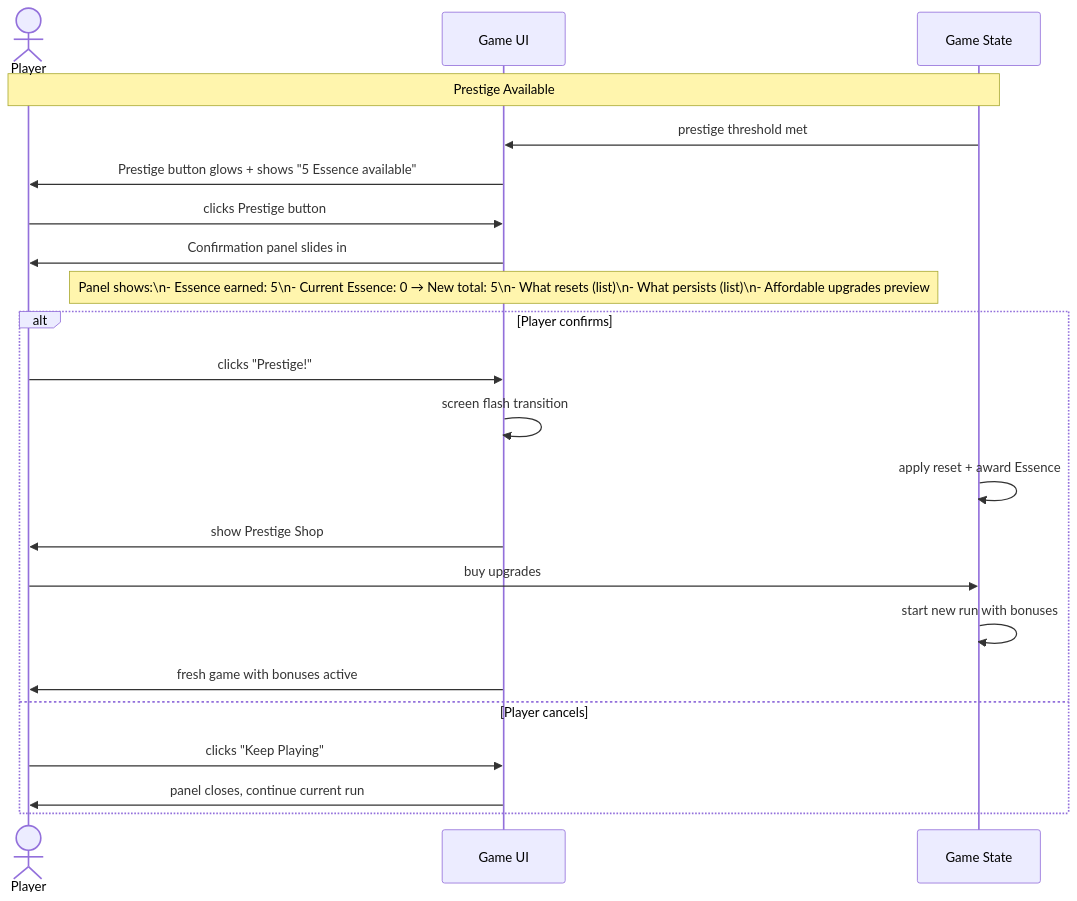
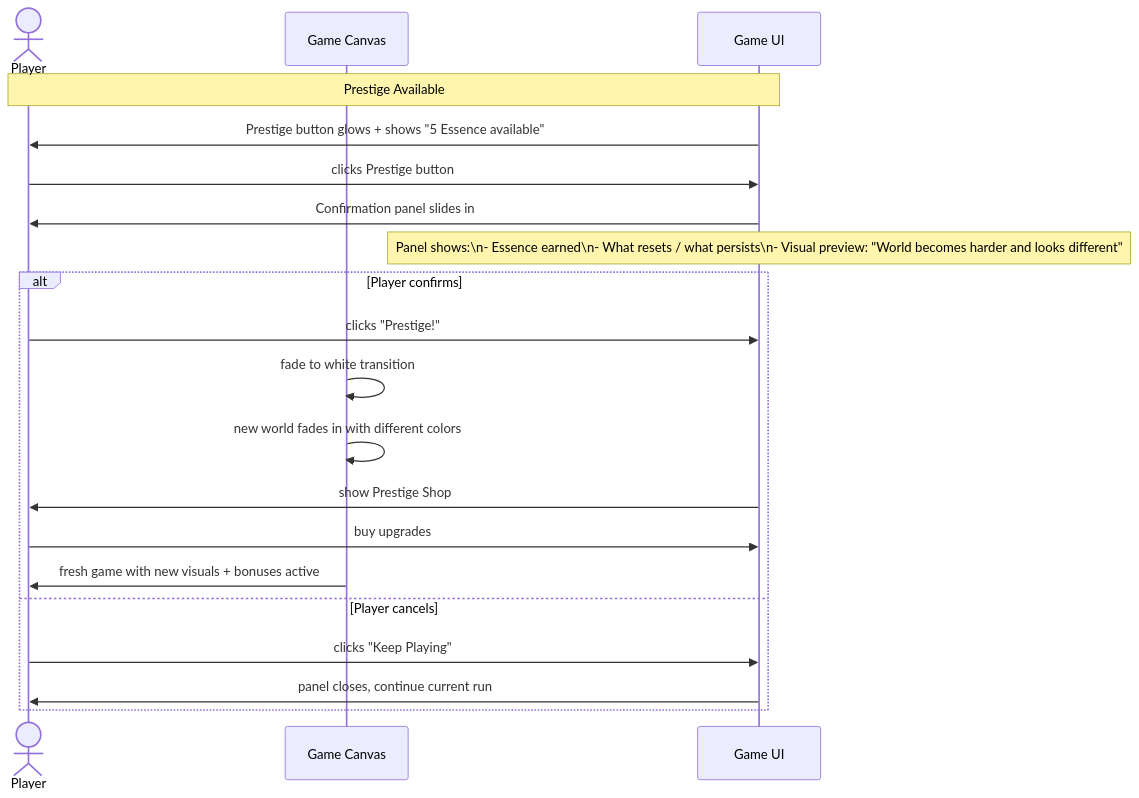
One commit to J-Gierend/gamePocGen changed the sixth of 6 diagrams in prompts/phase2-gdd/prestige.md. Above: the diagram before and after it, drawn with Mermaid. The commit also changed other lines of this file and 9 other files, not shown here.

````diff
--- a/prompts/phase2-gdd/prestige.md
+++ b/prompts/phase2-gdd/prestige.md
@@ -167,29 +199,26 @@
 ```mermaid
 sequenceDiagram
     actor Player
+    participant Canvas as Game Canvas
     participant UI as Game UI
-    participant Game as Game State
 
-    Note over Player,Game: Prestige Available
+    Note over Player,UI: Prestige Available
 
-    Game->>UI: prestige threshold met
     UI->>Player: Prestige button glows + shows "5 Essence available"
 
     Player->>UI: clicks Prestige button
     UI->>Player: Confirmation panel slides in
-
-    Note over UI: Panel shows:\n- Essence earned: 5\n- Current Essence: 0 → New total: 5\n- What resets (list)\n- What persists (list)\n- Affordable upgrades preview
+    Note over UI: Panel shows:\n- Essence earned\n- What resets / what persists\n- Visual preview: "World becomes harder and looks different"
 
     alt Player confirms
         Player->>UI: clicks "Prestige!"
-        UI->>UI: screen flash transition
-        Game->>Game: apply reset + award Essence
+        Canvas->>Canvas: fade to white transition
+        Canvas->>Canvas: new world fades in with different colors
         UI->>Player: show Prestige Shop
-        Player->>Game: buy upgrades
-        Game->>Game: start new run with bonuses
-        UI->>Player: fresh game with bonuses active
+        Player->>UI: buy upgrades
+        Canvas->>Player: fresh game with new visuals + bonuses active
     else Player cancels
         Player->>UI: clicks "Keep Playing"
         UI->>Player: panel closes, continue current run
     end
 ```
````
